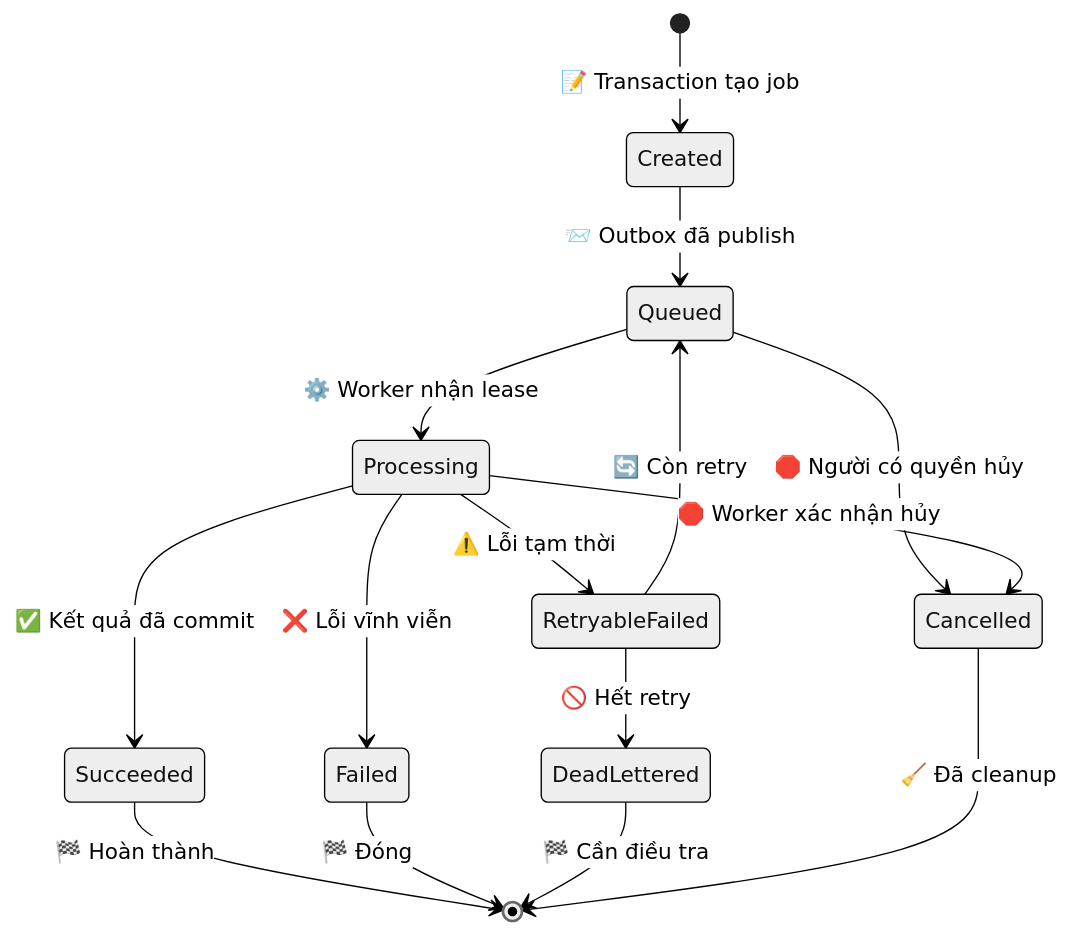
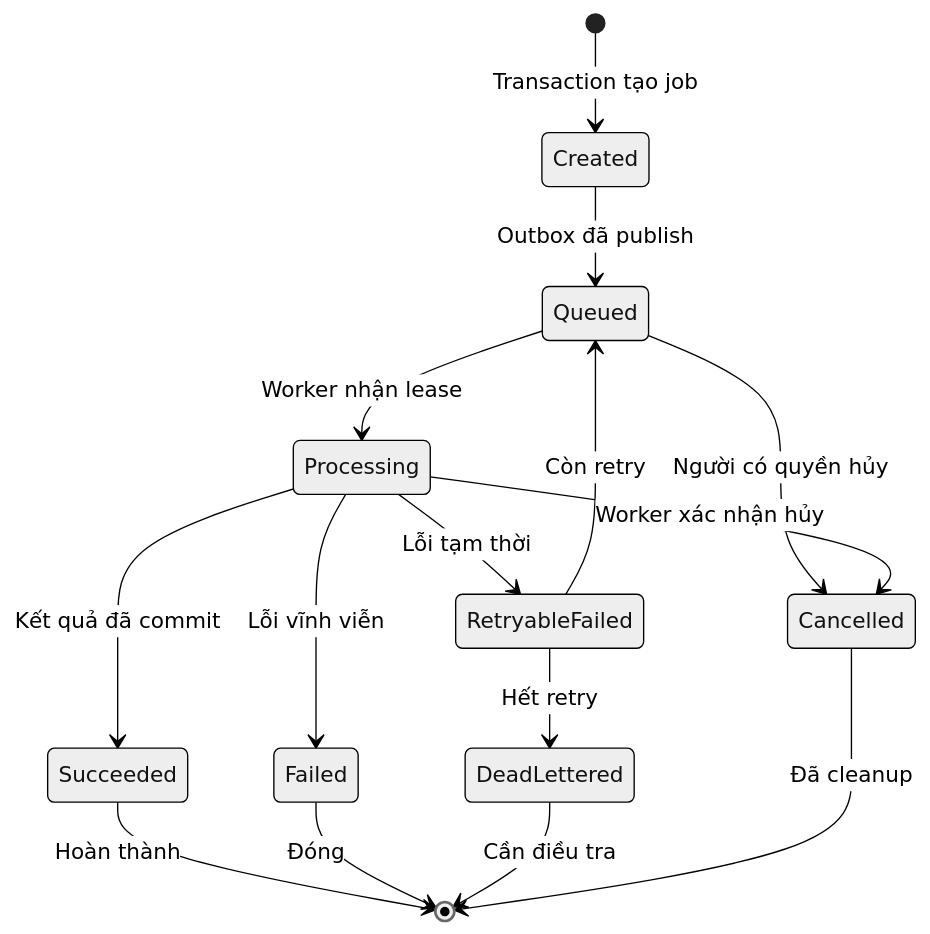
One commit to qivarnq3g/splitbind changed the fourth of 4 diagrams in docs/superpowers/specs/2026-08-13-splitbind-production-design.md. Above: the diagram before and after it, drawn with Mermaid (neutral theme). The commit also changed other lines of this file and 42 other files, not shown here.

````diff
--- a/docs/superpowers/specs/2026-08-13-splitbind-production-design.md
+++ b/docs/superpowers/specs/2026-08-13-splitbind-production-design.md
@@ -223,20 +249,20 @@
 ```mermaid
 stateDiagram-v2
     accTitle: Vòng đời job SplitBind
     accDescr: Job đi từ tạo mới tới hàng đợi, xử lý và hoàn thành; lỗi tạm thời được retry có giới hạn còn lỗi vĩnh viễn đi vào dead letter
 
-    [*] --> Created: 📝 Transaction tạo job
-    Created --> Queued: 📨 Outbox đã publish
-    Queued --> Processing: ⚙️ Worker nhận lease
-    Processing --> Succeeded: ✅ Kết quả đã commit
-    Processing --> RetryableFailed: ⚠️ Lỗi tạm thời
-    Processing --> Failed: ❌ Lỗi vĩnh viễn
-    RetryableFailed --> Queued: 🔄 Còn retry
-    RetryableFailed --> DeadLettered: 🚫 Hết retry
-    Queued --> Cancelled: 🛑 Người có quyền hủy
-    Processing --> Cancelled: 🛑 Worker xác nhận hủy
-    Succeeded --> [*]: 🏁 Hoàn thành
-    Failed --> [*]: 🏁 Đóng
-    DeadLettered --> [*]: 🏁 Cần điều tra
-    Cancelled --> [*]: 🧹 Đã cleanup
+    [*] --> Created: Transaction tạo job
+    Created --> Queued: Outbox đã publish
+    Queued --> Processing: Worker nhận lease
+    Processing --> Succeeded: Kết quả đã commit
+    Processing --> RetryableFailed: Lỗi tạm thời
+    Processing --> Failed: Lỗi vĩnh viễn
+    RetryableFailed --> Queued: Còn retry
+    RetryableFailed --> DeadLettered: Hết retry
+    Queued --> Cancelled: Người có quyền hủy
+    Processing --> Cancelled: Worker xác nhận hủy
+    Succeeded --> [*]: Hoàn thành
+    Failed --> [*]: Đóng
+    DeadLettered --> [*]: Cần điều tra
+    Cancelled --> [*]: Đã cleanup
 ```
````
